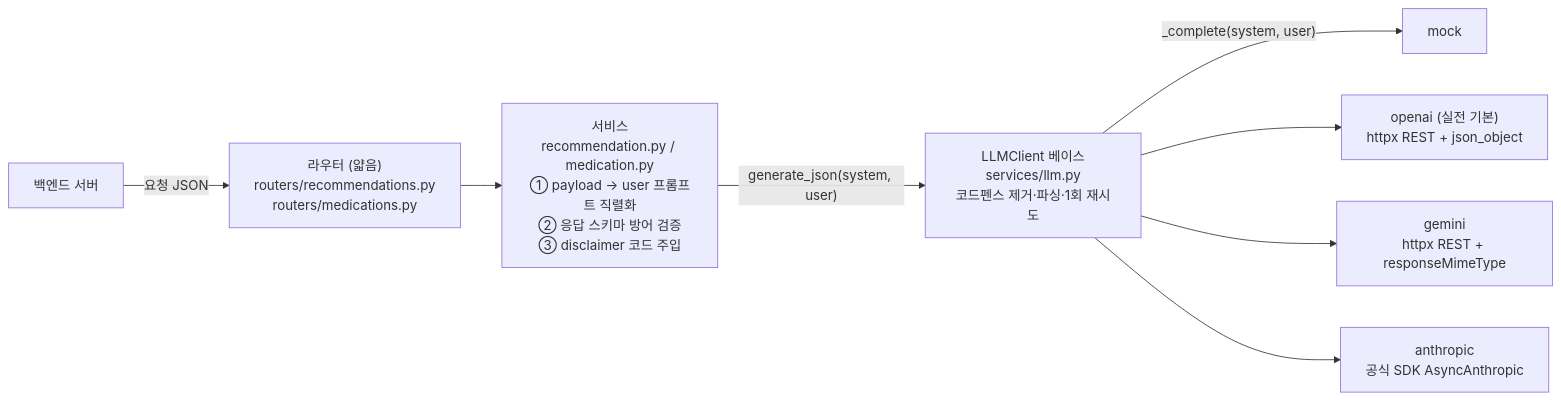
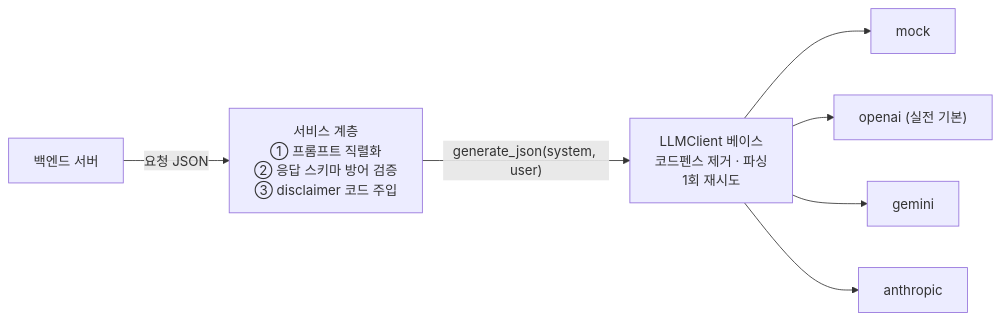
Before and after one commit to Jinacker/PortFolio: the diagram in public/mds/kkinitalk/impl-3-llm.md, drawn with Mermaid. The commit also changed other lines of this file and 31 other files, not shown here.

````diff
--- a/public/mds/kkinitalk/impl-3-llm.md
+++ b/public/mds/kkinitalk/impl-3-llm.md
@@ -69,10 +26,9 @@
 ```mermaid
 flowchart LR
-    BE[백엔드 서버] -->|"요청 JSON"| RT["라우터 (얇음)<br/>routers/recommendations.py<br/>routers/medications.py"]
-    RT --> SVC["서비스<br/>recommendation.py / medication.py<br/>① payload → user 프롬프트 직렬화<br/>② 응답 스키마 방어 검증<br/>③ disclaimer 코드 주입"]
-    SVC -->|"generate_json(system, user)"| BASE["LLMClient 베이스<br/>services/llm.py<br/>코드펜스 제거·파싱·1회 재시도"]
-    BASE -->|"_complete(system, user)"| P1[mock]
-    BASE --> P2["openai (실전 기본)<br/>httpx REST + json_object"]
-    BASE --> P3["gemini<br/>httpx REST + responseMimeType"]
-    BASE --> P4["anthropic<br/>공식 SDK AsyncAnthropic"]
+    BE[백엔드 서버] -->|"요청 JSON"| SVC["서비스 계층<br/>① 프롬프트 직렬화<br/>② 응답 스키마 방어 검증<br/>③ disclaimer 코드 주입"]
+    SVC -->|"generate_json(system, user)"| BASE["LLMClient 베이스<br/>코드펜스 제거 · 파싱<br/>1회 재시도"]
+    BASE --> P1[mock]
+    BASE --> P2["openai (실전 기본)"]
+    BASE --> P3[gemini]
+    BASE --> P4[anthropic]
 ```
````
